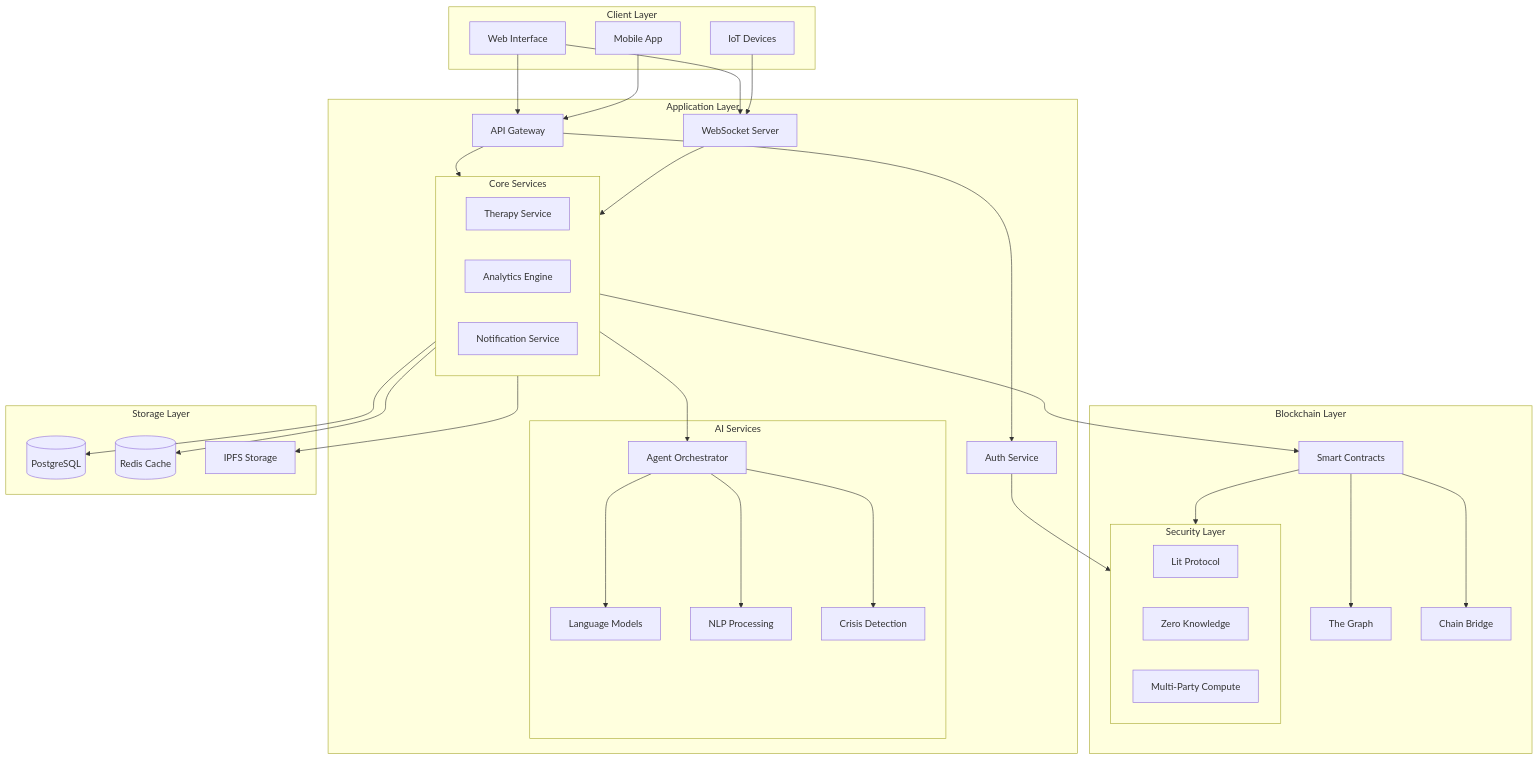
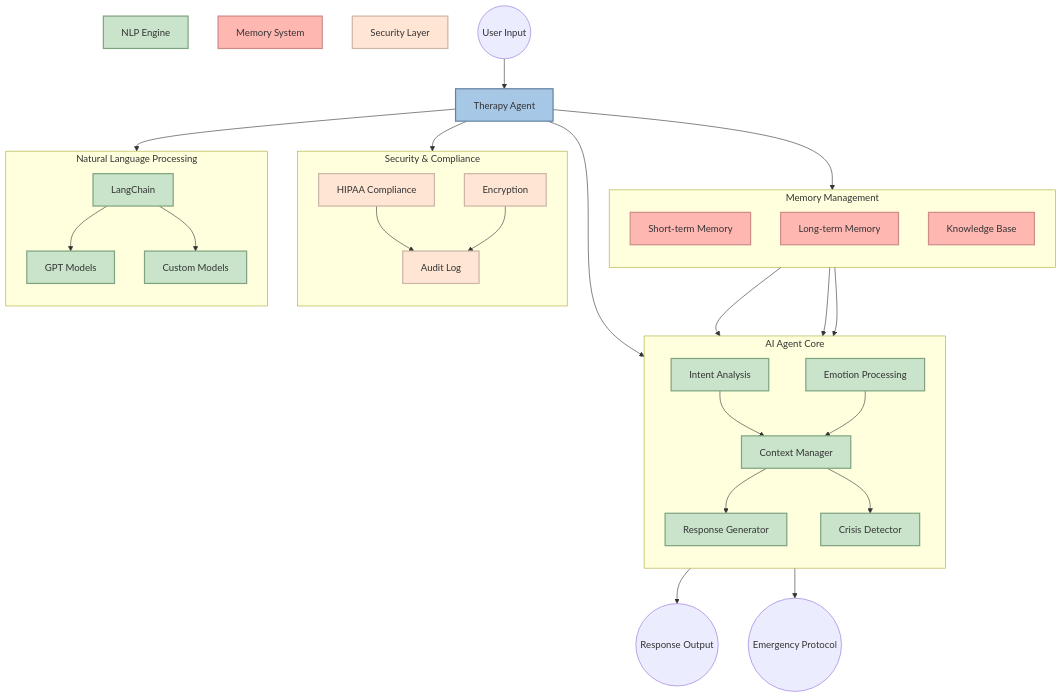
One commit to blocklinklabs/aura3.0 changed the second of 3 diagrams in README.md. Above: the diagram before and after it, drawn with Mermaid. The commit also changed other lines of this file, not shown here.

Commit message:
feat: Improve architecture documentation

````diff
--- a/README.md
+++ b/README.md
@@ -332,74 +354,75 @@
 ```mermaid
 graph TB
-    subgraph Client["Client Layer"]
-        UI[Web Interface]
-        Mobile[Mobile App]
-        IoT[IoT Devices]
+    %% Style definitions
+    classDef agent fill:#a7c7e7,stroke:#6482a0,stroke-width:2px
+    classDef process fill:#c9e4ca,stroke:#7ea37f,stroke-width:2px
+    classDef data fill:#ffb7b2,stroke:#cc8d89,stroke-width:2px
+    classDef security fill:#ffe5d4,stroke:#cbb5a7,stroke-width:2px
+
+    %% Main AI Agent Components
+    Agent[Therapy Agent]:::agent
+    NLP[NLP Engine]:::process
+    Memory[Memory System]:::data
+    Security[Security Layer]:::security
+
+    %% Subcomponents
+    subgraph AgentCore[AI Agent Core]
+        direction TB
+        Intent[Intent Analysis]:::process
+        Emotion[Emotion Processing]:::process
+        Context[Context Manager]:::process
+        Response[Response Generator]:::process
+        Crisis[Crisis Detector]:::process
     end
 
-    subgraph Application["Application Layer"]
-        API[API Gateway]
-        WSS[WebSocket Server]
-        Auth[Auth Service]
-
-        subgraph AI["AI Services"]
-            LLM[Language Models]
-            NLP[NLP Processing]
-            Agent[Agent Orchestrator]
-            Crisis[Crisis Detection]
-        end
-
-        subgraph Core["Core Services"]
-            Therapy[Therapy Service]
-            Analytics[Analytics Engine]
-            Notif[Notification Service]
-        end
+    subgraph MemorySystem[Memory Management]
+        direction TB
+        STM[Short-term Memory]:::data
+        LTM[Long-term Memory]:::data
+        KB[Knowledge Base]:::data
     end
 
-    subgraph Blockchain["Blockchain Layer"]
-        Smart[Smart Contracts]
-        Graph[The Graph]
-        Bridge[Chain Bridge]
-
-        subgraph Security["Security Layer"]
-            Lit[Lit Protocol]
-            ZK[Zero Knowledge]
-            MPC[Multi-Party Compute]
-        end
+    subgraph SecurityLayer[Security & Compliance]
+        direction TB
+        HIPAA[HIPAA Compliance]:::security
+        Encrypt[Encryption]:::security
+        Audit[Audit Log]:::security
     end
 
-    subgraph Storage["Storage Layer"]
-        DB[(PostgreSQL)]
-        Cache[(Redis Cache)]
-        IPFS[IPFS Storage]
+    subgraph NLPSystem[Natural Language Processing]
+        direction TB
+        LangChain[LangChain]:::process
+        GPT[GPT Models]:::process
+        CustomModels[Custom Models]:::process
     end
 
-    %% Client Layer Connections
-    UI --> API
-    UI --> WSS
-    Mobile --> API
-    IoT --> WSS
+    %% Connections
+    User((User Input)) --> Agent
+    Agent --> AgentCore
 
-    %% Application Layer Connections
-    API --> Auth
-    API --> Core
-    WSS --> Core
-    Auth --> Security
+    %% NLP Connections
+    Agent --> NLPSystem
+    LangChain --> GPT
+    LangChain --> CustomModels
 
-    %% AI Service Connections
-    Agent --> LLM
-    Agent --> NLP
-    Agent --> Crisis
-    Core --> Agent
+    %% Core Processing
+    Intent --> Context
+    Emotion --> Context
+    Context --> Response
+    Context --> Crisis
 
-    %% Blockchain Connections
-    Core --> Smart
-    Smart --> Graph
-    Smart --> Bridge
-    Smart --> Security
+    %% Memory Connections
+    Agent --> MemorySystem
+    STM --> Context
+    LTM --> Context
+    KB --> Response
 
-    %% Storage Connections
-    Core --> DB
-    Core --> Cache
-    Core --> IPFS
+    %% Security Integration
+    Agent --> SecurityLayer
+    HIPAA --> Audit
+    Encrypt --> Audit
+
+    %% Output Flow
+    Response --> Output((Response Output))
+    Crisis --> Emergency((Emergency Protocol))
 ```
````
